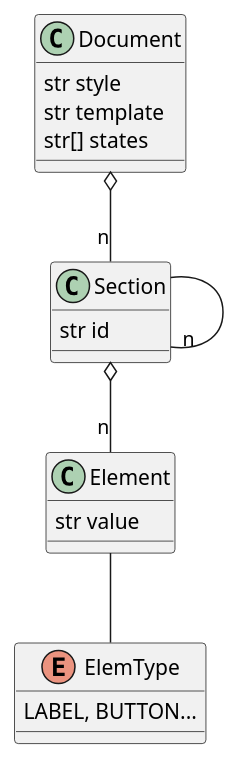
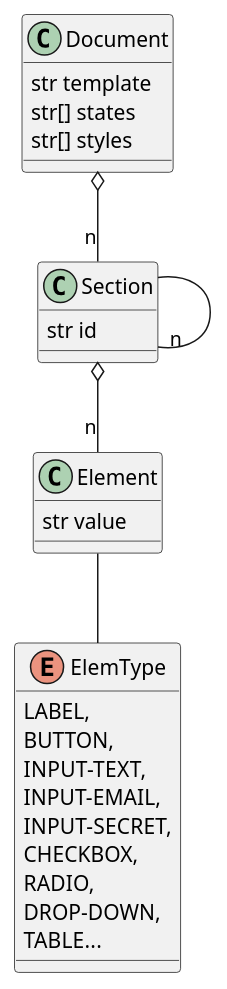
The diagram in ideas/domain-model.wsd (ssricardo/lab), drawn with PlantUML before and after one commit. The commit also changed 3 other files, not shown here.

```diff
--- a/ideas/domain-model.wsd
+++ b/ideas/domain-model.wsd
@@ -1,28 +1,36 @@
 @startuml
 
 Document o-- "n" Section
 Section -- "n" Section
 Section o-- "n" Element
 Element -- ElemType
 
 class Document {
-    str style
     str template
     str[] states
+    str[] styles
 }
 
 class Section {
     str id
 }
 
 class Element {
     str value
 }
 
 enum ElemType {
-    LABEL, BUTTON...
+    LABEL, 
+    BUTTON, 
+    INPUT-TEXT, 
+    INPUT-EMAIL, 
+    INPUT-SECRET, 
+    CHECKBOX, 
+    RADIO, 
+    DROP-DOWN, 
+    TABLE...
 }
 
 
 
 @enduml
```
